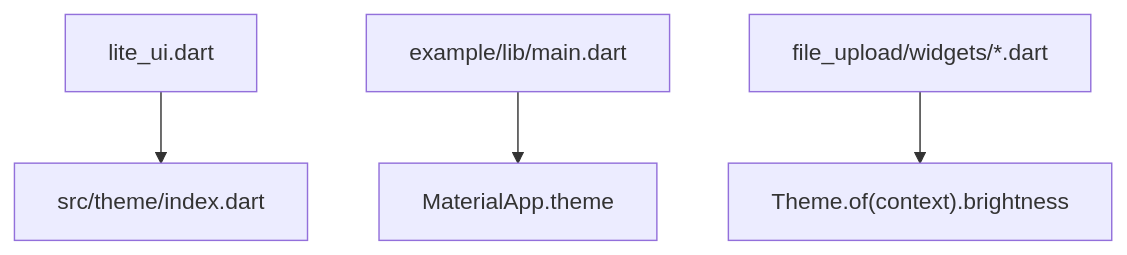
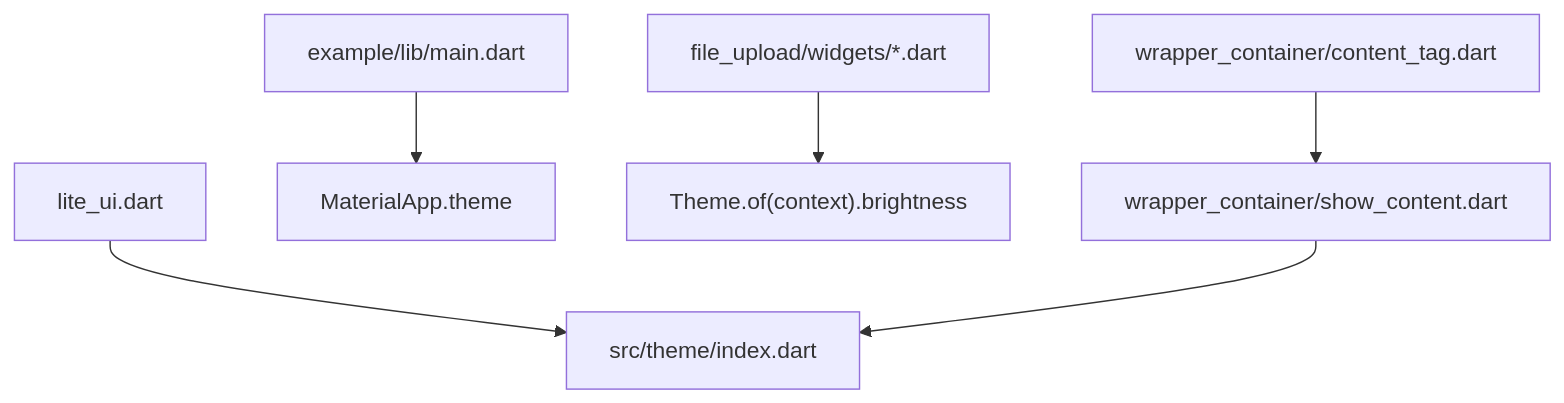
Before and after one commit to yuzhido/lite-ui: the fourth of 4 diagrams in .qoder/repowiki/zh/content/API 参考/主题系统 API.md, drawn with Mermaid. The commit also changed other lines of this file and 37 other files, not shown here.

````diff
--- a/.qoder/repowiki/zh/content/API 参考/主题系统 API.md
+++ b/.qoder/repowiki/zh/content/API 参考/主题系统 API.md
@@ -204,6 +270,8 @@
 ```mermaid
 graph TB
 LiteUI["lite_ui.dart"] --> ThemeIndex["src/theme/index.dart"]
 ExampleMain["example/lib/main.dart"] --> MaterialTheme["MaterialApp.theme"]
 FileUploadWidgets["file_upload/widgets/*.dart"] --> MaterialBrightness["Theme.of(context).brightness"]
+ShowContent["wrapper_container/show_content.dart"] --> ThemeIndex
+ContentTag["wrapper_container/content_tag.dart"] --> ShowContent
 ```
````
